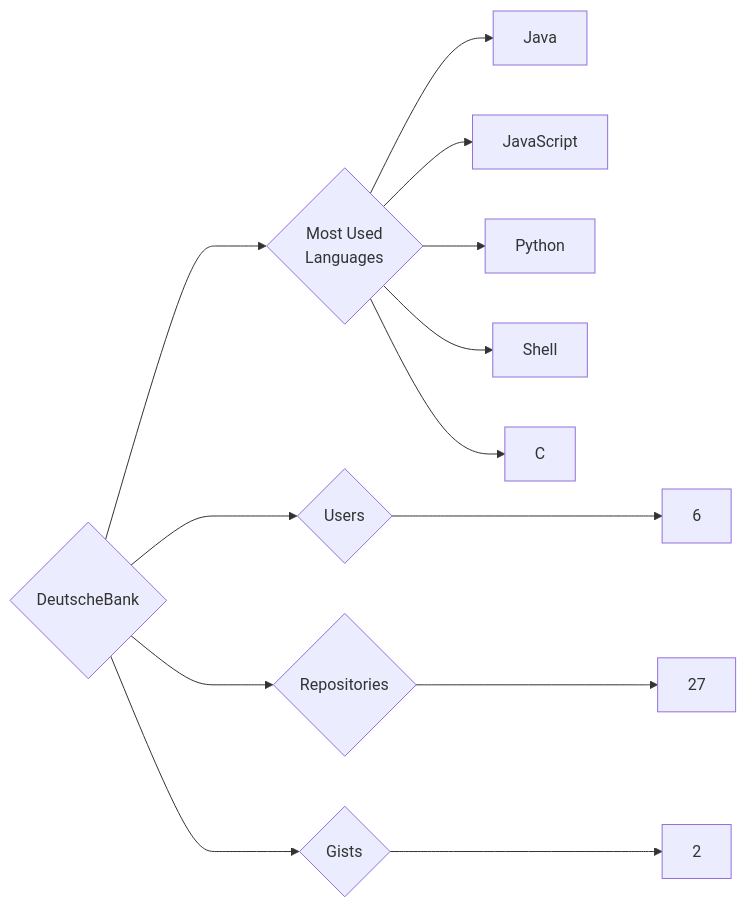
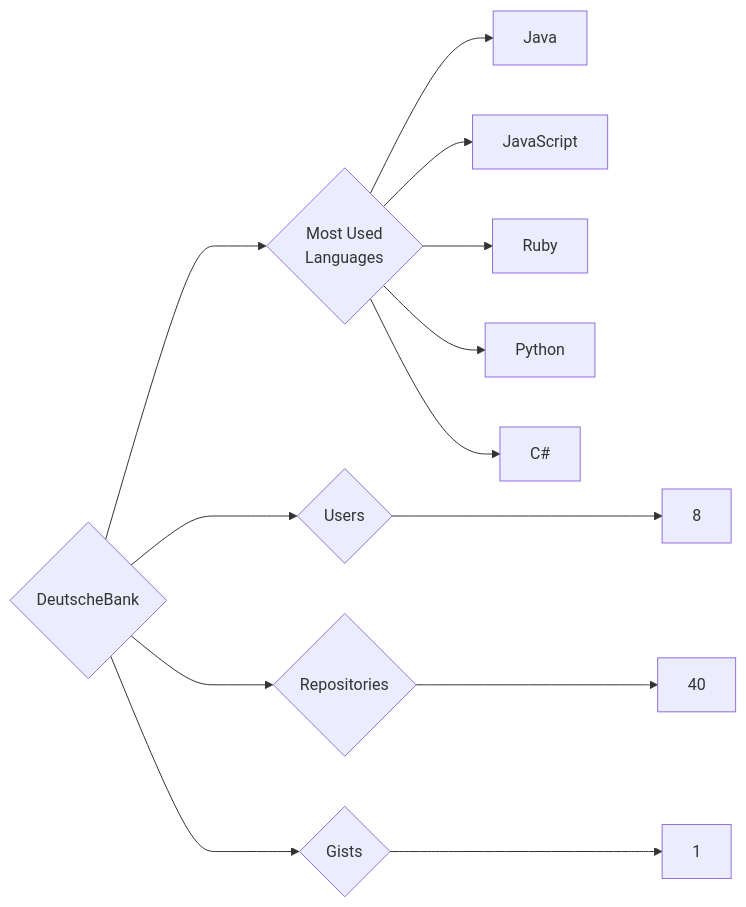
The diagram in targets/DeutscheBank/README.md (trickest/insiders), drawn with Mermaid before and after one commit. The commit also changed 1195 other files, not shown here.

````diff
--- a/targets/DeutscheBank/README.md
+++ b/targets/DeutscheBank/README.md
@@ -3,13 +3,13 @@
 ```mermaid
 graph LR
 COMPANY_NAME{DeutscheBank}
-COMPANY_NAME ---> U{Users} ---> UN[6]
-COMPANY_NAME ---> R{Repositories} ---> RN[27]
-COMPANY_NAME ---> G{Gists} ---> GN[2]
+COMPANY_NAME ---> U{Users} ---> UN[8]
+COMPANY_NAME ---> R{Repositories} ---> RN[40]
+COMPANY_NAME ---> G{Gists} ---> GN[1]
 COMPANY_NAME ---> ML{Most Used<br>Languages}
 ML --> Java[Java]
 ML --> JavaScript[JavaScript]
+ML --> Ruby[Ruby]
 ML --> Python[Python]
-ML --> Shell[Shell]
-ML --> C[C]
+ML --> C#[C#]
 ```
````
